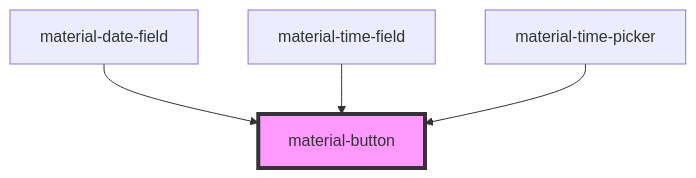
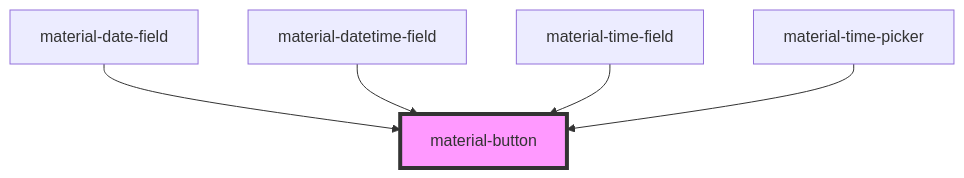
One commit to RobustaRush/material changed the diagram in src/components/material-button/readme.md. Above: the diagram before and after it, drawn with Mermaid. The commit also changed other lines of this file and 12 other files, not shown here.

First line of the commit message:
feat: material-datetime-field

````diff
--- a/src/components/material-button/readme.md
+++ b/src/components/material-button/readme.md
@@ -36,7 +37,8 @@
 ```mermaid
 graph TD;
   material-date-field --> material-button
+  material-datetime-field --> material-button
   material-time-field --> material-button
   material-time-picker --> material-button
   style material-button fill:#f9f,stroke:#333,stroke-width:4px
 ```
````
